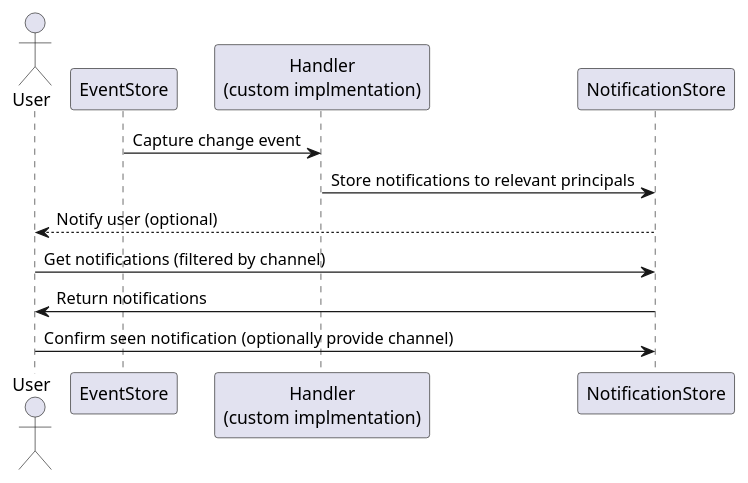
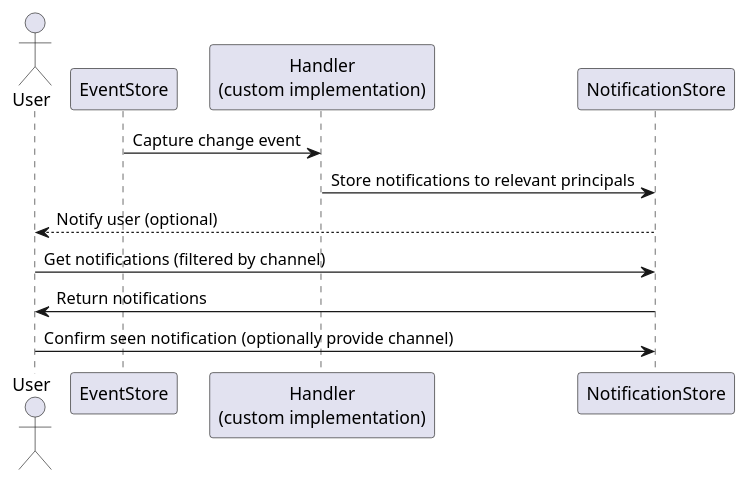
The diagram in resources/diagram.puml (graphql-services/event-store-notifications), drawn with PlantUML before and after one commit.

Commit message:
Fix typo in diagram

```diff
--- a/resources/diagram.puml
+++ b/resources/diagram.puml
@@ -1,15 +1,15 @@
 @startuml diagram
 actor User
 participant EventStore
-participant "Handler\n(custom implmentation)" as Handler
+participant "Handler\n(custom implementation)" as Handler
 participant NotificationStore
 
 EventStore -> Handler : Capture change event
 Handler -> NotificationStore : Store notifications to relevant principals
 NotificationStore --> User : Notify user (optional)
 User -> NotificationStore : Get notifications (filtered by channel)
 NotificationStore -> User : Return notifications
 User -> NotificationStore : Confirm seen notification (optionally provide channel)
 
 
 @enduml
```
